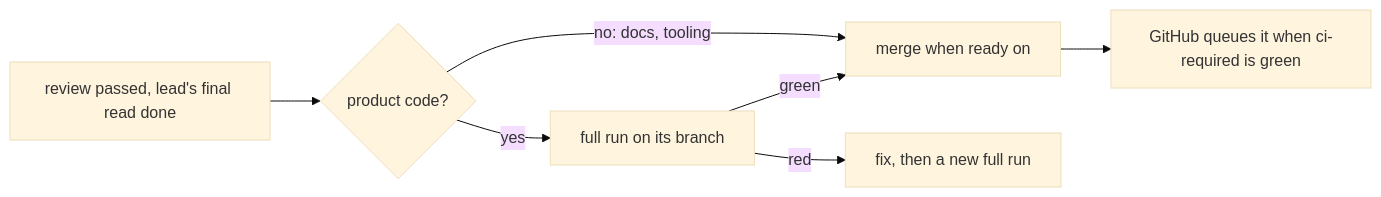
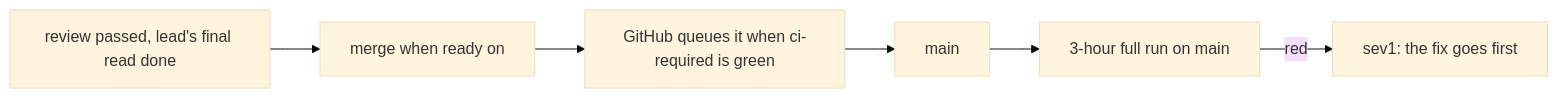
Before and after one commit to kamp-us/tea-fabrika: the diagram in .decisions/0544-every-reviewed-pull-request-is-armed.md, drawn with Mermaid (base theme). The commit also changed other lines of this file, not shown here.

Commit message:
decision 0544 says what was ruled: every reviewed pull request is armed, with no full run on its branch first

````diff
--- a/.decisions/0544-every-reviewed-pull-request-is-armed.md
+++ b/.decisions/0544-every-reviewed-pull-request-is-armed.md
@@ -11,9 +11,8 @@
 ```mermaid
 flowchart LR
-  review["review passed, lead's final read done"] --> kind{"product code?"}
-  kind -->|"no: docs, tooling"| arm["merge when ready on"]
-  kind -->|"yes"| full["full run on its branch"]
-  full -->|"green"| arm
-  full -->|"red"| fix["fix, then a new full run"]
+  review["review passed, lead's final read done"] --> arm["merge when ready on"]
   arm --> queue["GitHub queues it when ci-required is green"]
+  queue --> main["main"]
+  main --> full["3-hour full run on main"]
+  full -->|"red"| sev["sev1: the fix goes first"]
 ```
````
